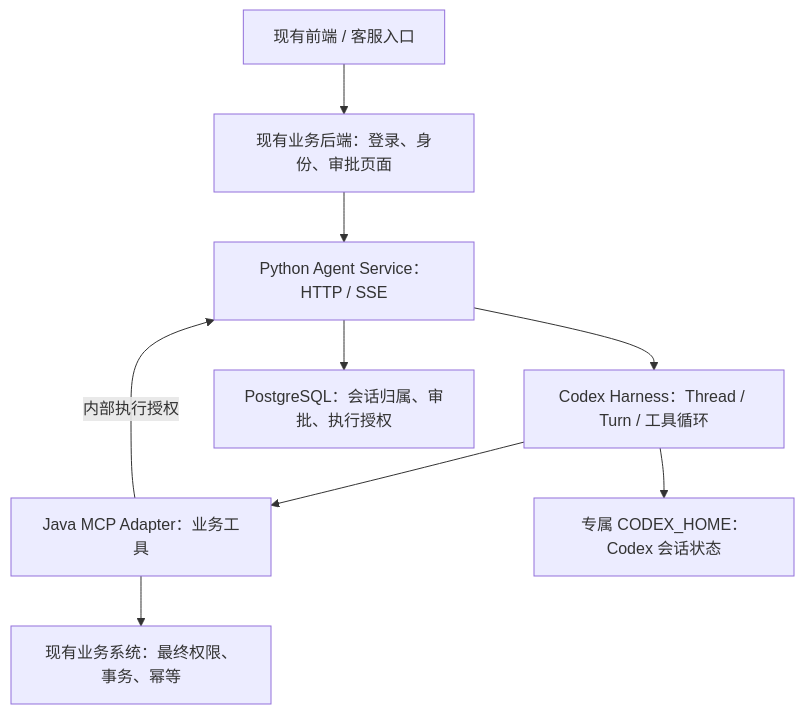
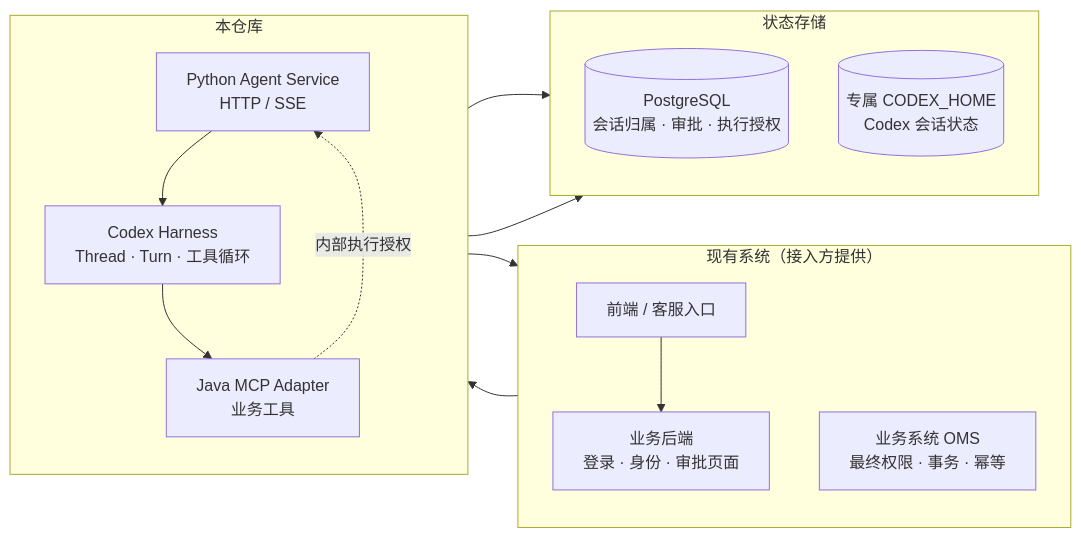
One commit to LiuYuPeng1101/codex-agent-foundation changed the diagram in README.md. Above: the diagram before and after it, drawn with Mermaid. The commit also changed other lines of this file, not shown here.

````diff
--- a/README.md
+++ b/README.md
@@ -41,11 +59,30 @@
 ```mermaid
-flowchart TD
-    UI["现有前端 / 客服入口"] --> BFF["现有业务后端：登录、身份、审批页面"]
-    BFF --> API["Python Agent Service：HTTP / SSE"]
-    API --> Runtime["Codex Harness：Thread / Turn / 工具循环"]
-    API --> PG["PostgreSQL：会话归属、审批、执行授权"]
-    Runtime --> MCP["Java MCP Adapter：业务工具"]
-    MCP -->|"内部执行授权"| API
-    MCP --> OMS["现有业务系统：最终权限、事务、幂等"]
-    Runtime --> Disk["专属 CODEX_HOME：Codex 会话状态"]
+flowchart LR
+    subgraph EXIST["现有系统（接入方提供）"]
+        direction TB
+        UI["前端 / 客服入口"]
+        BFF["业务后端<br/>登录 · 身份 · 审批页面"]
+        OMS["业务系统 OMS<br/>最终权限 · 事务 · 幂等"]
+    end
+
+    subgraph REPO["本仓库"]
+        direction TB
+        API["Python Agent Service<br/>HTTP / SSE"]
+        Runtime["Codex Harness<br/>Thread · Turn · 工具循环"]
+        MCP["Java MCP Adapter<br/>业务工具"]
+    end
+
+    subgraph STATE["状态存储"]
+        direction TB
+        PG[("PostgreSQL<br/>会话归属 · 审批 · 执行授权")]
+        Disk[("专属 CODEX_HOME<br/>Codex 会话状态")]
+    end
+
+    UI --> BFF --> API
+    API --> Runtime
+    API --> PG
+    Runtime --> Disk
+    Runtime --> MCP
+    MCP -. 内部执行授权 .-> API
+    MCP --> OMS
 ```
````
